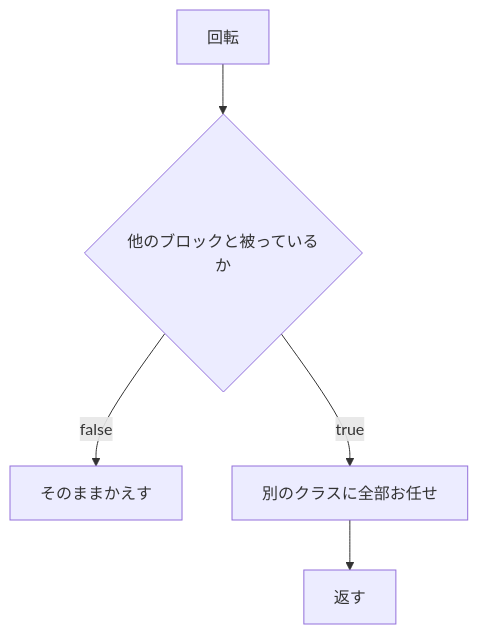
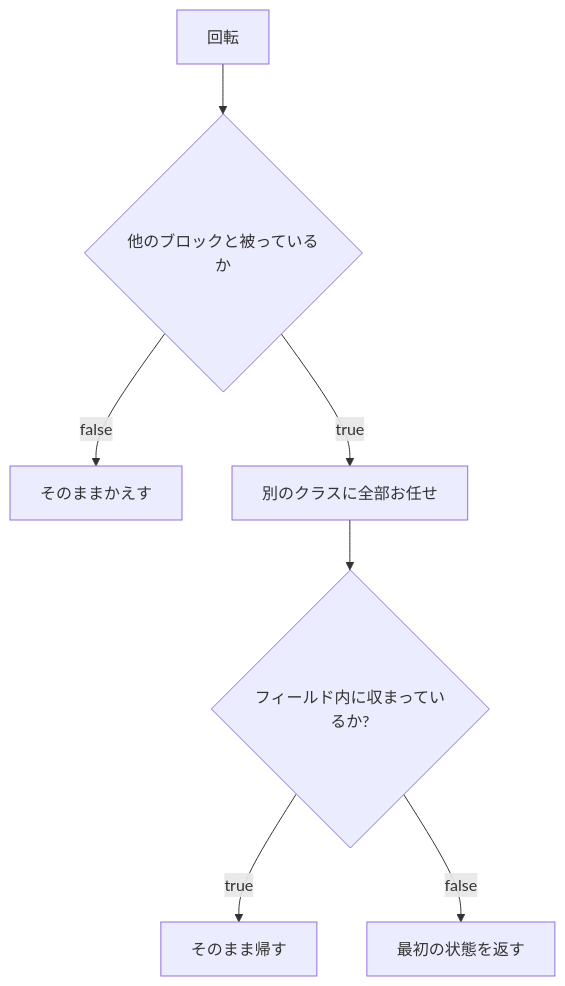
The diagram in memo/リファクタリング/Rotate.md (s19013/tetris-vue), drawn with Mermaid before and after one commit. The commit also changed other lines of this file and 4 other files, not shown here.

````diff
--- a/memo/リファクタリング/Rotate.md
+++ b/memo/リファクタリング/Rotate.md
@@ -15,9 +17,11 @@
 ```mermaid
 graph TD;
 
 a[回転]-->b{他のブロックと被っているか}
 b-->|false|c[そのままかえす]
 b-->|true|d[別のクラスに全部お任せ]
-d-->e[返す]
+d-->e{フィールド内に収まっているか?}
+e-->|true|そのまま帰す
+e-->|false|最初の状態を返す
 
 ```
````
